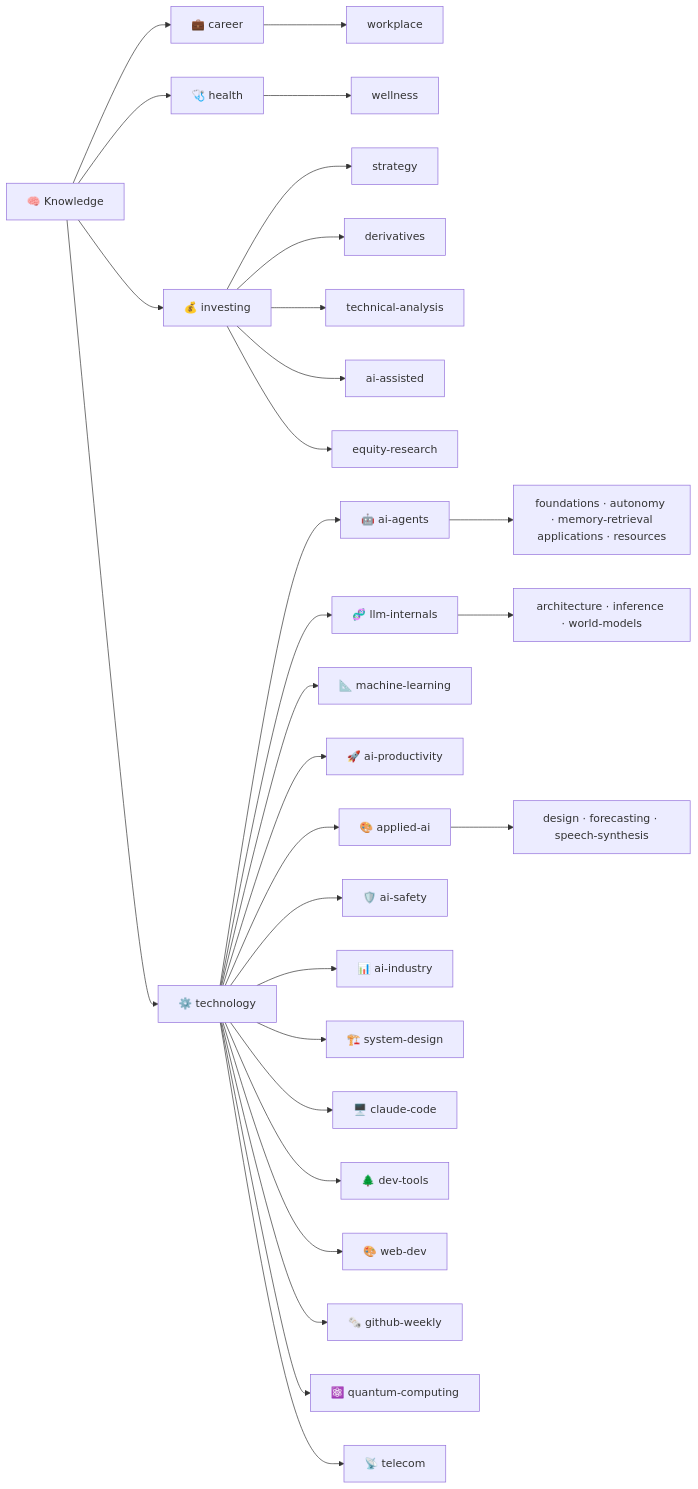
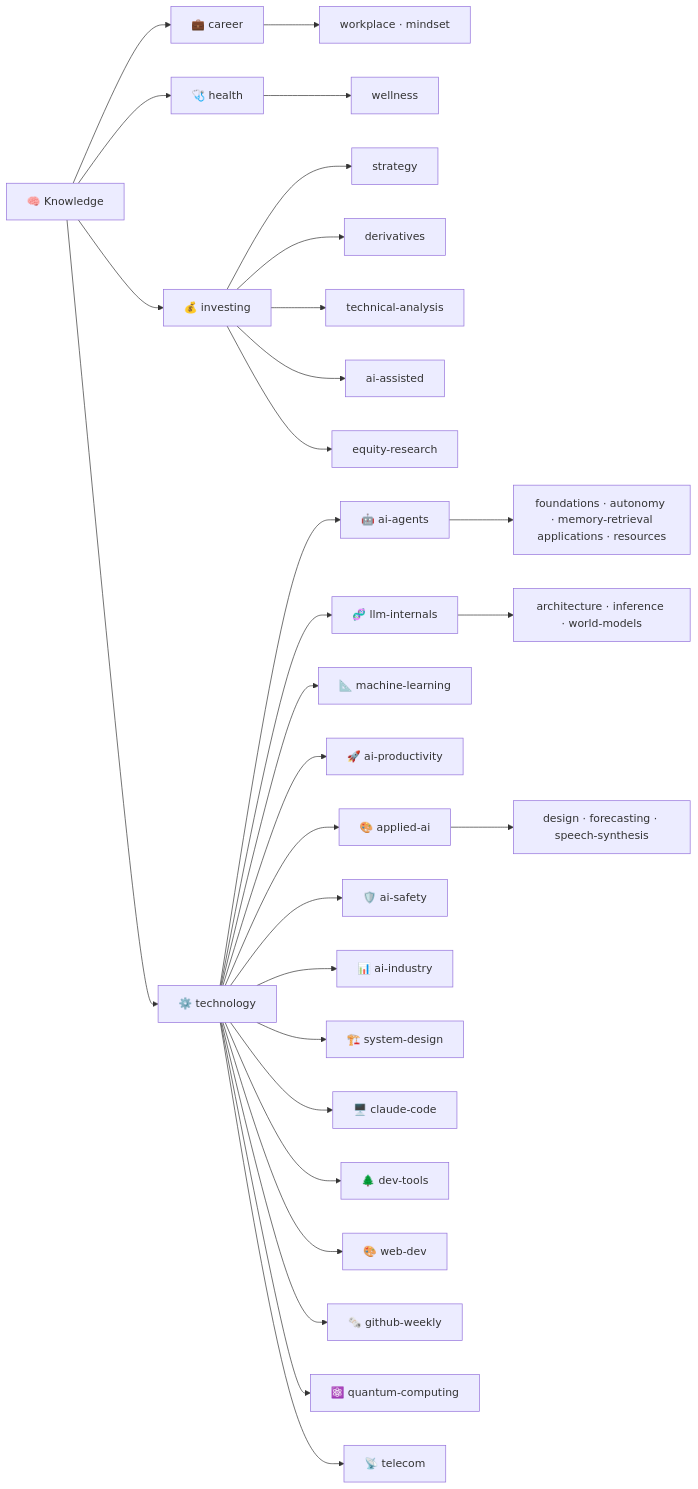
Before and after one commit to shooter2062424/Knowledge: the diagram in README.md, drawn with Mermaid. The commit also changed other lines of this file and 2 other files, not shown here.

````diff
--- a/README.md
+++ b/README.md
@@ -25,31 +25,31 @@
 ```mermaid
 flowchart LR
     K["🧠 Knowledge"] --> I["💰 investing"]
     K --> T["⚙️ technology"]
     K --> C["💼 career"]
-    C --> C1["workplace"]
+    C --> C1["workplace · mindset"]
     K --> H["🩺 health"]
     H --> H1["wellness"]
     I --> I1["strategy"]
     I --> I2["derivatives"]
     I --> I3["technical-analysis"]
     I --> I4["ai-assisted"]
     I --> I5["equity-research"]
     T --> T1["🤖 ai-agents"]
     T --> T2["🧬 llm-internals"]
     T --> T14["📐 machine-learning"]
     T --> T3["🚀 ai-productivity"]
     T --> T4["🎨 applied-ai"]
     T --> T7["🛡️ ai-safety"]
     T --> T9["📊 ai-industry"]
     T --> T10["🏗️ system-design"]
     T --> T8["🖥️ claude-code"]
     T --> T11["🌲 dev-tools"]
     T --> T13["🎨 web-dev"]
     T --> T12["🗞️ github-weekly"]
     T --> T6["⚛️ quantum-computing"]
     T --> T5["📡 telecom"]
     T1 --> T1a["foundations · autonomy · memory-retrieval<br/>applications · resources"]
     T2 --> T2a["architecture · inference · world-models"]
     T4 --> T4a["design · forecasting · speech-synthesis"]
 ```
````
